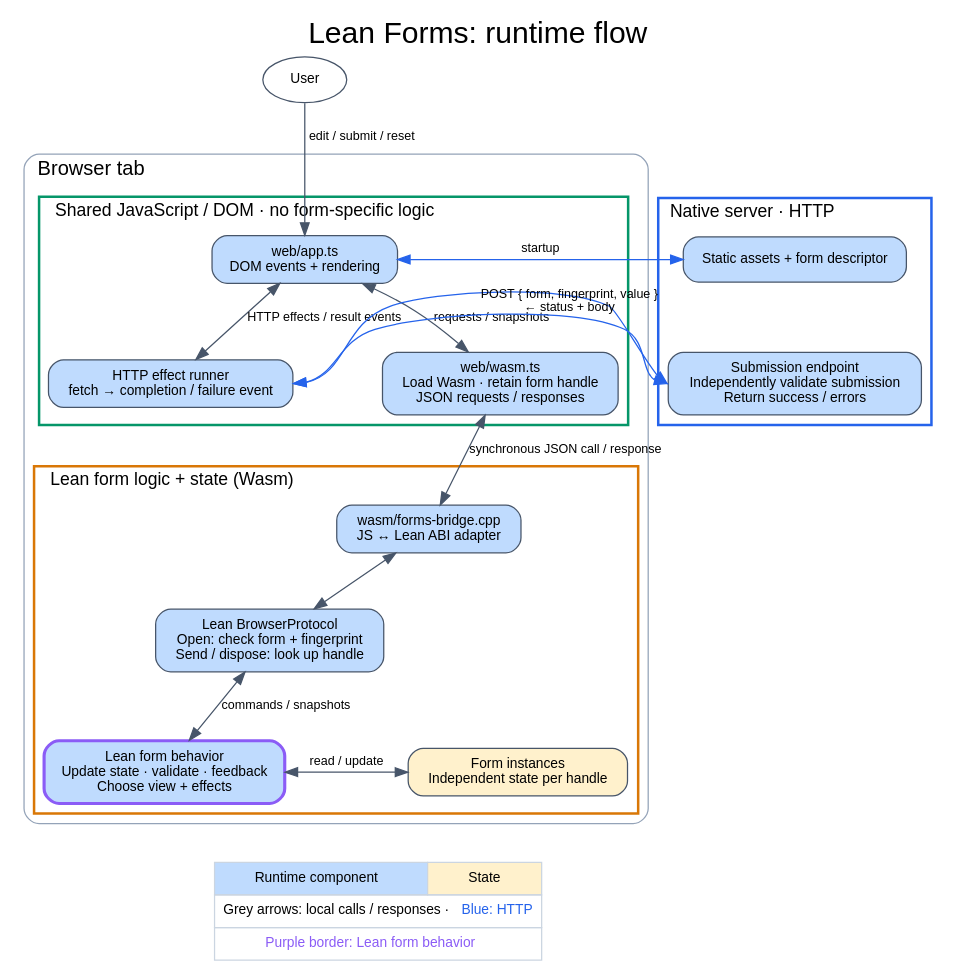
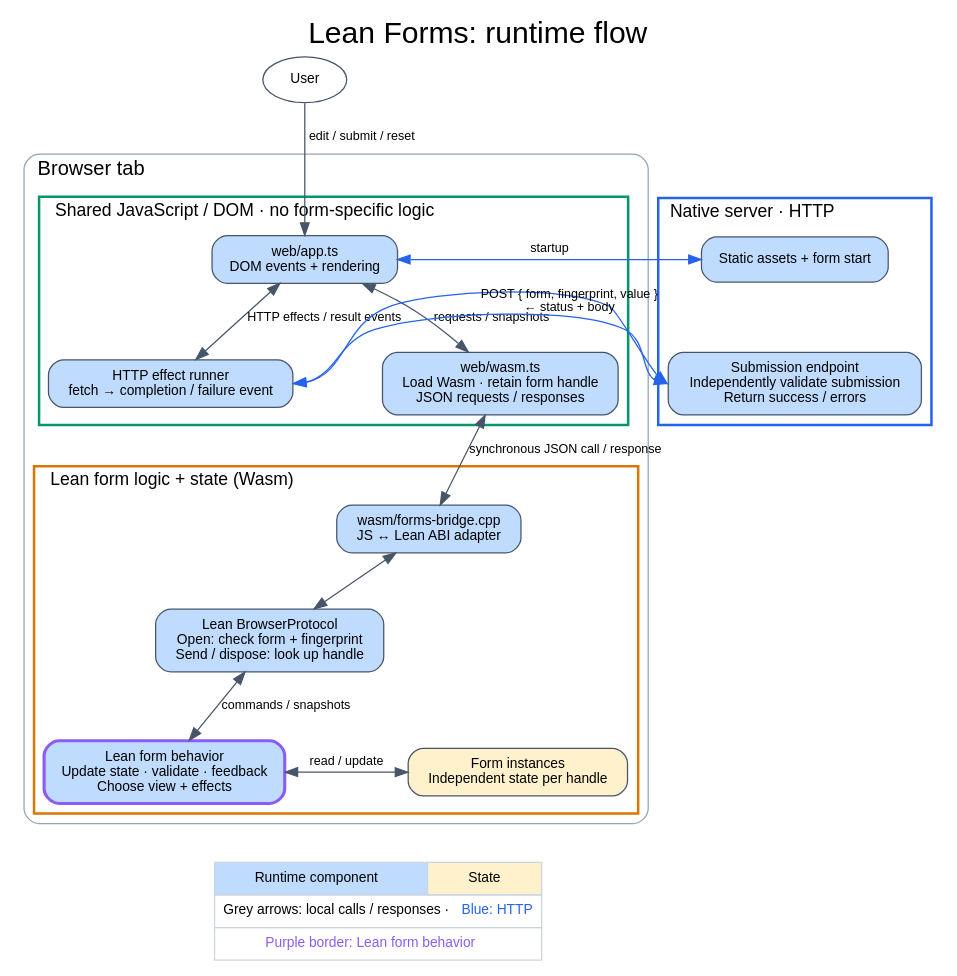
Before and after one commit to jan-blp/lean-forms: the diagram in diagrams/runtime-flow.dot, drawn with Graphviz. The commit also changed 38 other files, not shown here.

```diff
--- a/diagrams/runtime-flow.dot
+++ b/diagrams/runtime-flow.dot
@@ -1,65 +1,65 @@
-// Render PDF and SVG: make -C diagrams
+// Render PDF: make -C diagrams
 // Logical runtime flow; responses return through the C++ bridge and JS adapter.
 digraph RuntimeFlow {
   graph [label="Lean Forms: runtime flow" labelloc=t fontsize=24 fontname="sans-serif"
     rankdir=TB newrank=true nodesep=0.5 ranksep=0.6 bgcolor="white"];
   node [shape=box style="rounded,filled" fillcolor="#bfdbfe" color="#475569"
     fontname="sans-serif" fontsize=11 margin="0.15,0.10"];
   edge [color="#475569" fontname="sans-serif" fontsize=10];
 
   user [shape=ellipse style=filled fillcolor=white label="User"];
 
   subgraph cluster_tab {
     label="Browser tab";
     fontsize=16; labeljust=l; labelloc=t; color="#94a3b8"; style=rounded;
 
     subgraph cluster_js {
       label="Shared JavaScript / DOM · no form-specific logic";
       fontsize=14; labeljust=l; labelloc=t; color="#059669"; penwidth=2; style="";
       ui [label="web/app.ts\nDOM events + rendering"];
       adapter [label="web/wasm.ts\nLoad Wasm · retain form handle\nJSON requests / responses"];
       effects [label="HTTP effect runner\nfetch → completion / failure event"];
       ui -> adapter [label="requests / snapshots" dir=both];
       ui -> effects [label="HTTP effects / result events" dir=both];
     }
 
     subgraph cluster_wasm {
       label="Lean form logic + state (Wasm)";
       fontsize=14; labeljust=l; labelloc=t; color="#d97706"; penwidth=2; style="";
       bridge [label="wasm/forms-bridge.cpp\nJS ↔ Lean ABI adapter"];
       protocol [label="Lean BrowserProtocol\nOpen: check form + fingerprint\nSend / dispose: look up handle"];
       store [label="Form instances\nIndependent state per handle" fillcolor="#fff1cc"];
       form [label="Lean form behavior\nUpdate state · validate · feedback\nChoose view + effects" color="#8b5cf6" penwidth=2.5];
       bridge -> protocol [dir=both];
       protocol -> form [label="commands / snapshots" dir=both];
       form -> store [label="read / update" dir=both];
       { rank=same; form; store; }
     }
     adapter -> bridge [label="synchronous JSON call / response" dir=both];
   }
 
   subgraph cluster_server {
     label="Native server · HTTP";
     fontsize=14; labeljust=l; labelloc=t; color="#2563eb"; penwidth=2;
-    files [label="Static assets + form descriptor"];
+    files [label="Static assets + form start"];
     submit [label="Submission endpoint\nIndependently validate submission\nReturn success / errors"];
     files -> submit [style=invis];
   }
 
   user -> ui [label="edit / submit / reset"];
   ui -> files [label="startup" color="#2563eb" dir=both constraint=false];
   effects:e -> submit:w [xlabel="POST { form, fingerprint, value }\n← status + body" color="#2563eb" dir=both];
   { rank=same; ui; files; }
   { rank=same; adapter; effects; submit; }
   adapter -> effects [style=invis weight=100];
 
   guide [shape=plain style="" label=<
     <TABLE BORDER="0" CELLBORDER="1" CELLSPACING="0" CELLPADDING="6" COLOR="#cbd5e1" BGCOLOR="white">
       <TR><TD BGCOLOR="#bfdbfe">Runtime component</TD><TD BGCOLOR="#fff1cc">State</TD></TR>
       <TR><TD COLSPAN="2">Grey arrows: local calls / responses · <FONT COLOR="#2563eb">Blue: HTTP</FONT></TD></TR>
       <TR><TD COLSPAN="2"><FONT COLOR="#8b5cf6">Purple border: Lean form behavior</FONT></TD></TR>
     </TABLE>
   >];
   form -> guide [style=invis];
   store -> guide [style=invis];
 }
```
